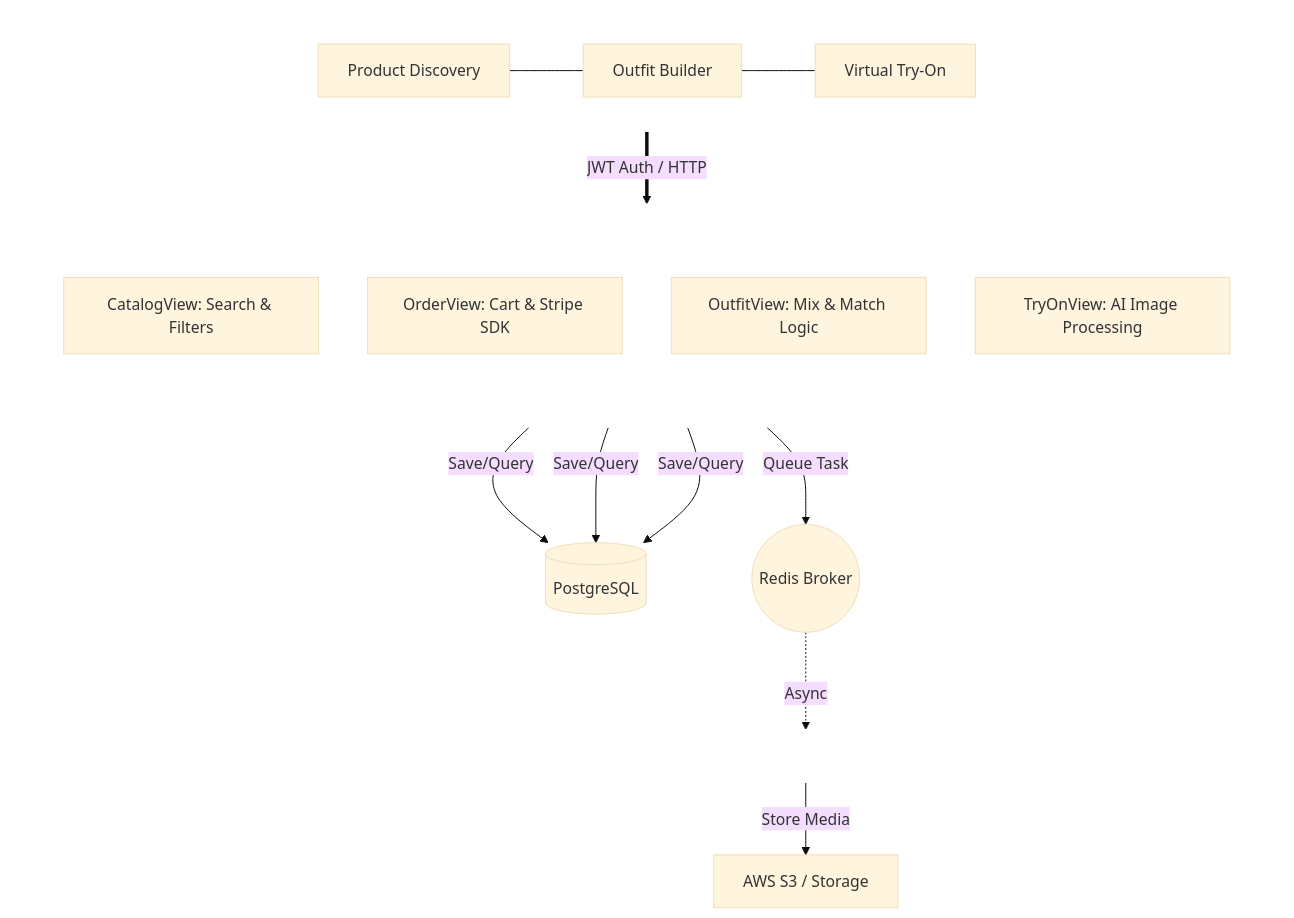
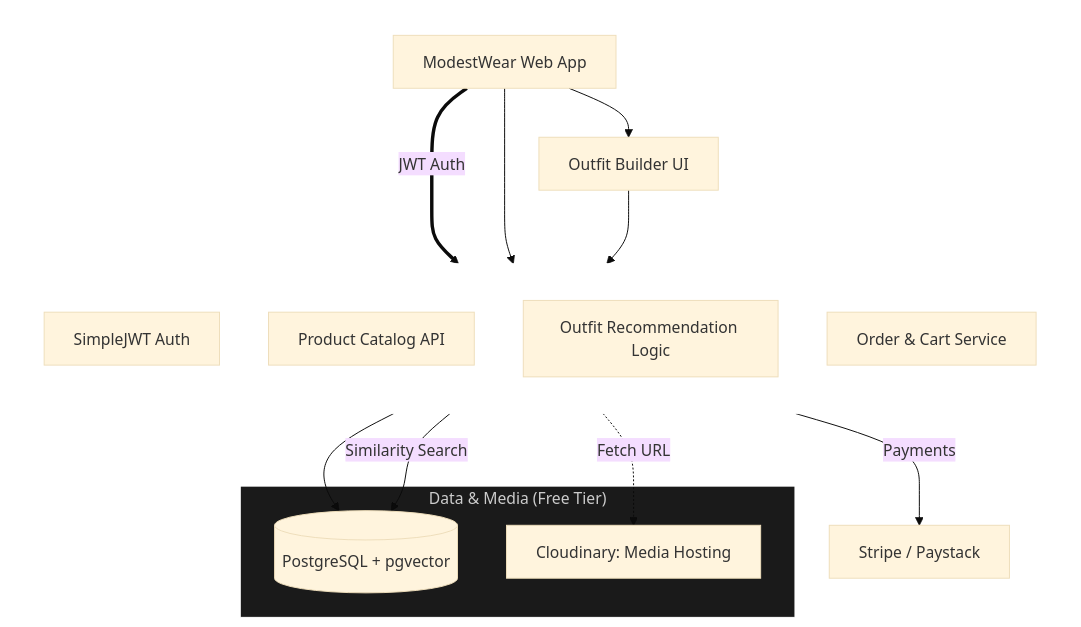
The diagram in README.md (NgangaKamau3/alx-project-nexus), drawn with Mermaid (base theme) before and after one commit.

Commit message:
Edit system architecture diagram

````diff
--- a/README.md
+++ b/README.md
@@ -17,40 +17,41 @@
 ```mermaid
 graph TB
-    %% Styling for the 'Elegant' Boxes
+    %% Styling for Elegance
     classDef box fill:none,stroke:#fff,stroke-width:1px,color:#fff;
-    classDef dashed stroke-dasharray: 5 5;
+    classDef storage fill:#1a1a1a,stroke:#fff,stroke-width:1px,color:#ccc;
 
-    subgraph Client ["CLIENT (Next.js / Tailwind CSS)"]
-        direction LR
-        UI1[Product Discovery] --- UI2[Outfit Builder] --- UI3[Virtual Try-On]
+    subgraph Client ["Frontend (Next.js + Tailwind)"]
+        UI[ModestWear Web App]
+        OB[Outfit Builder UI]
     end
 
-    %% API Layer based on Django REST Framework
-    subgraph Django ["DJANGO API SERVER (DRF)"]
+    subgraph Server ["Backend (Django REST Framework)"]
         direction TB
-        subgraph Views ["Views / Serializers"]
-            V1[CatalogView: Search & Filters]
-            V2[OrderView: Cart & Stripe SDK]
-            V3[OutfitView: Mix & Match Logic]
-            V4[TryOnView: AI Image Processing]
-        end
+        Auth[SimpleJWT Auth]
+        Catalog[Product Catalog API]
+        OutfitEngine[Outfit Recommendation Logic]
+        Orders[Order & Cart Service]
     end
 
-    %% Data & Task Layer
-    subgraph Storage ["PostgreSQL & Task Layer"]
-        DB[(PostgreSQL)]
-        Redis((Redis Broker))
+    subgraph PersistentStorage ["Data & Media (Free Tier)"]
+        DB[(PostgreSQL + pgvector)]
+        Cloudinary[Cloudinary: Media Hosting]
     end
 
-    Worker[Celery Worker]
-
-    %% Connections and Data Flow
-    Client ==>|JWT Auth / HTTP| Django
-    V1 & V2 & V3 -->|Save/Query| DB
-    V4 -->|Queue Task| Redis
-    Redis -.->|Async| Worker
-    Worker -->|Store Media| S3[AWS S3 / Storage]
+    %% Flow Connections
+    UI ==>|JWT Auth| Auth
+    UI --> Catalog
+    UI --> OB
+    OB --> OutfitEngine
+    
+    Catalog --> DB
+    OutfitEngine -->|Similarity Search| DB
+    Orders -->|Payments| Stripe[Stripe / Paystack]
+    
+    %% Media Connections
+    Catalog -.->|Fetch URL| Cloudinary
 
     %% Apply Style Classes
-    class Client,Django,Views,Storage,Worker box;
+    class Client,Server box;
+    class PersistentStorage storage;
 ```
````
